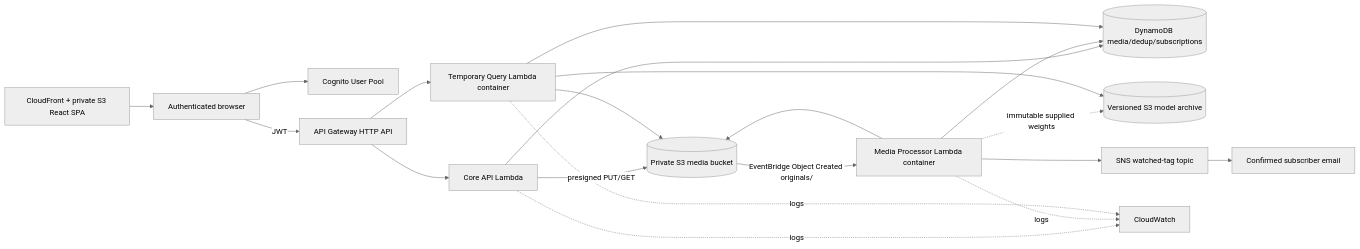
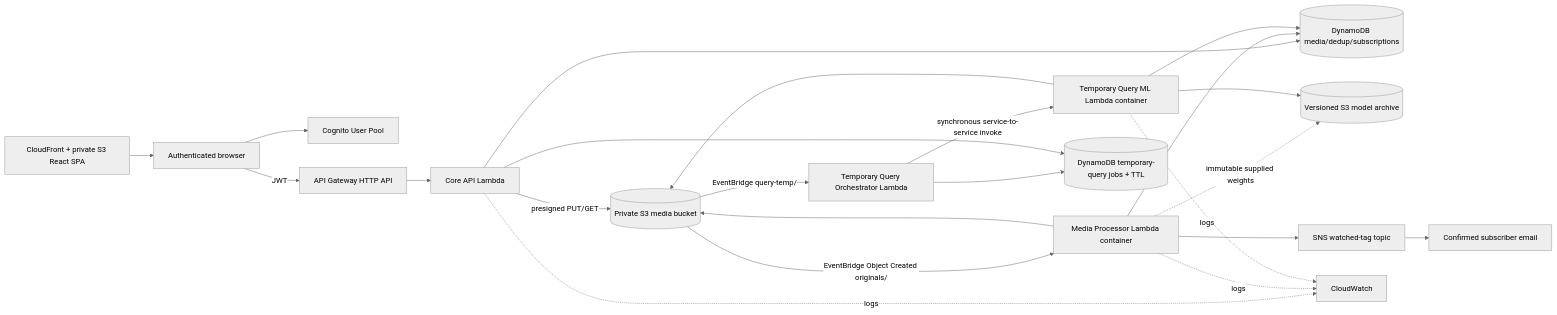
The diagram in docs/ARCHITECTURE.md (weiwei0618seu/FIT5225_assignment2_PacificBioArchive-Prototype), drawn with Mermaid (neutral theme) before and after one commit. The commit also changed other lines of this file and 28 other files, not shown here.

````diff
--- a/docs/ARCHITECTURE.md
+++ b/docs/ARCHITECTURE.md
@@ -5,22 +5,25 @@
 ```mermaid
 flowchart LR
   U[Authenticated browser] --> C[Cognito User Pool]
   U -->|JWT| A[API Gateway HTTP API]
   A --> L[Core API Lambda]
   L --> D[(DynamoDB media/dedup/subscriptions)]
   L -->|presigned PUT/GET| S[(Private S3 media bucket)]
   S -->|EventBridge Object Created originals/| P[Media Processor Lambda container]
   P -. immutable supplied weights .-> M[(Versioned S3 model archive)]
   P --> S
   P --> D
   P --> N[SNS watched-tag topic]
-  A --> Q[Temporary Query Lambda container]
+  S -->|EventBridge query-temp/| O[Temporary Query Orchestrator Lambda]
+  O -->|synchronous service-to-service invoke| Q[Temporary Query ML Lambda container]
+  O --> J[(DynamoDB temporary-query jobs + TTL)]
+  L --> J
   Q --> M
   Q --> S
   Q --> D
   N --> E[Confirmed subscriber email]
   W[CloudFront + private S3 React SPA] --> U
   L -. logs .-> CW[CloudWatch]
   P -. logs .-> CW
   Q -. logs .-> CW
 ```
````
